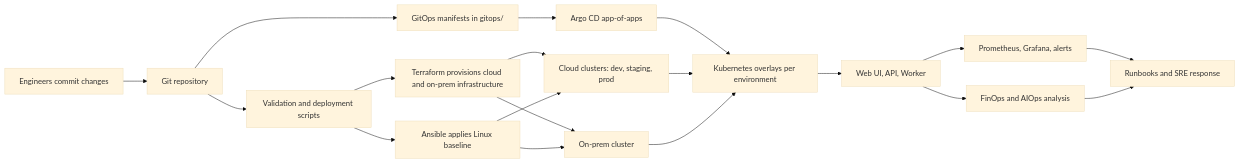
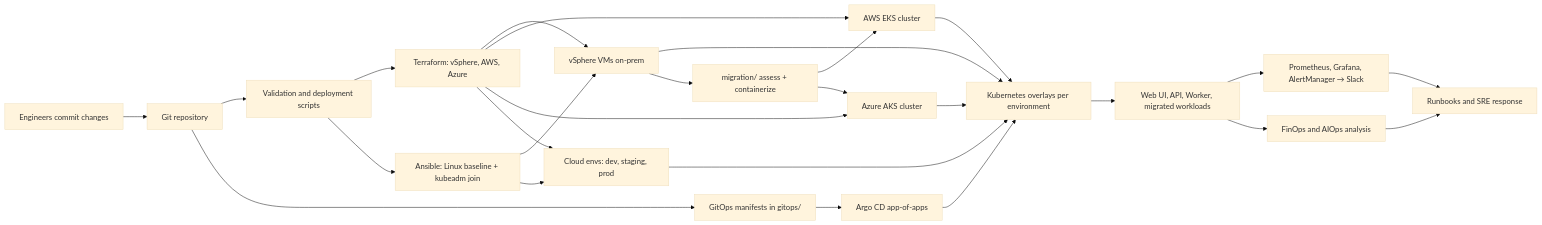
One commit to Here2ServeU/nawex-hybrid-devops-platform changed the diagram in README.md. Above: the diagram before and after it, drawn with Mermaid (base theme). The commit also changed other lines of this file and 40 other files, not shown here.

````diff
--- a/README.md
+++ b/README.md
@@ -11,21 +13,28 @@
 ```mermaid
 flowchart LR
     Dev[Engineers commit changes] --> GH[Git repository]
     GH --> CI[Validation and deployment scripts]
-    CI --> TF[Terraform provisions cloud and on-prem infrastructure]
-    CI --> ANS[Ansible applies Linux baseline]
+    CI --> TF[Terraform: vSphere, AWS, Azure]
+    CI --> ANS[Ansible: Linux baseline + kubeadm join]
     GH --> GO[GitOps manifests in gitops/]
     GO --> ARGO[Argo CD app-of-apps]
     ARGO --> K8S[Kubernetes overlays per environment]
-    TF --> CLOUD[Cloud clusters: dev, staging, prod]
-    TF --> ONPREM[On-prem cluster]
+    TF --> VS[vSphere VMs on-prem]
+    TF --> EKS[AWS EKS cluster]
+    TF --> AKS[Azure AKS cluster]
+    TF --> CLOUD[Cloud envs: dev, staging, prod]
+    ANS --> VS
     ANS --> CLOUD
-    ANS --> ONPREM
+    VS --> K8S
+    EKS --> K8S
+    AKS --> K8S
     CLOUD --> K8S
-    ONPREM --> K8S
-    K8S --> APPS[Web UI, API, Worker]
-    APPS --> OBS[Prometheus, Grafana, alerts]
+    VS --> MIG[migration/ assess + containerize]
+    MIG --> EKS
+    MIG --> AKS
+    K8S --> APPS[Web UI, API, Worker, migrated workloads]
+    APPS --> OBS[Prometheus, Grafana, AlertManager → Slack]
     OBS --> OPS[Runbooks and SRE response]
     APPS --> FIN[FinOps and AIOps analysis]
     FIN --> OPS
 ```
````
